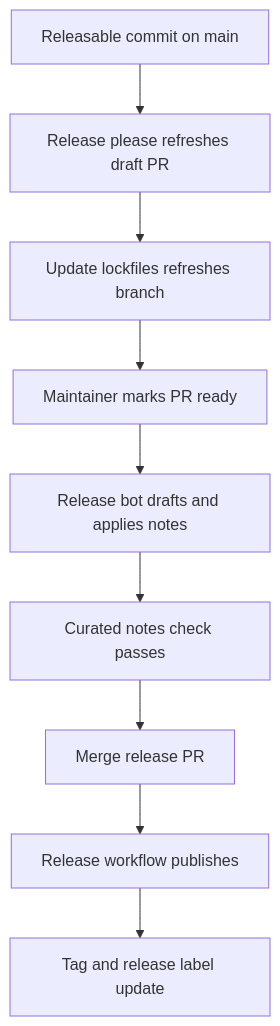
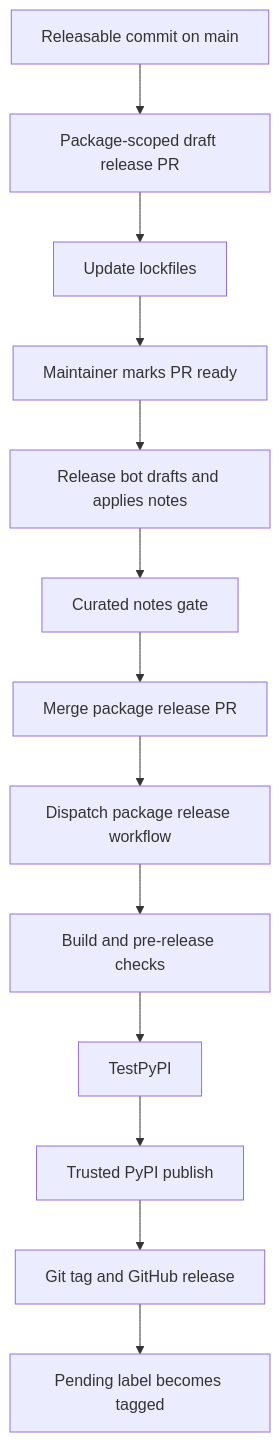
One commit to langchain-ai/deepagents changed the second of 2 diagrams in openwiki/operations/development.md. Above: the diagram before and after it, drawn with Mermaid. The commit also changed other lines of this file and 53 other files, not shown here.

````diff
--- a/openwiki/operations/development.md
+++ b/openwiki/operations/development.md
@@ -159,11 +163,15 @@
 ```mermaid
 flowchart TD
-    Land["Releasable commit on main"] --> Draft["Release please refreshes draft PR"]
-    Draft --> Locks["Update lockfiles refreshes branch"]
+    Land["Releasable commit on main"] --> Draft["Package-scoped draft release PR"]
+    Draft --> Locks["Update lockfiles"]
     Locks --> Ready["Maintainer marks PR ready"]
     Ready --> Curate["Release bot drafts and applies notes"]
-    Curate --> Gate["Curated notes check passes"]
-    Gate --> Merge["Merge release PR"]
-    Merge --> Publish["Release workflow publishes"]
-    Publish --> Tagged["Tag and release label update"]
+    Curate --> NotesGate["Curated notes gate"]
+    NotesGate --> Merge["Merge package release PR"]
+    Merge --> Dispatch["Dispatch package release workflow"]
+    Dispatch --> Build["Build and pre-release checks"]
+    Build --> TestPyPI["TestPyPI"]
+    TestPyPI --> PyPI["Trusted PyPI publish"]
+    PyPI --> Tag["Git tag and GitHub release"]
+    Tag --> Label["Pending label becomes tagged"]
 ```
````
